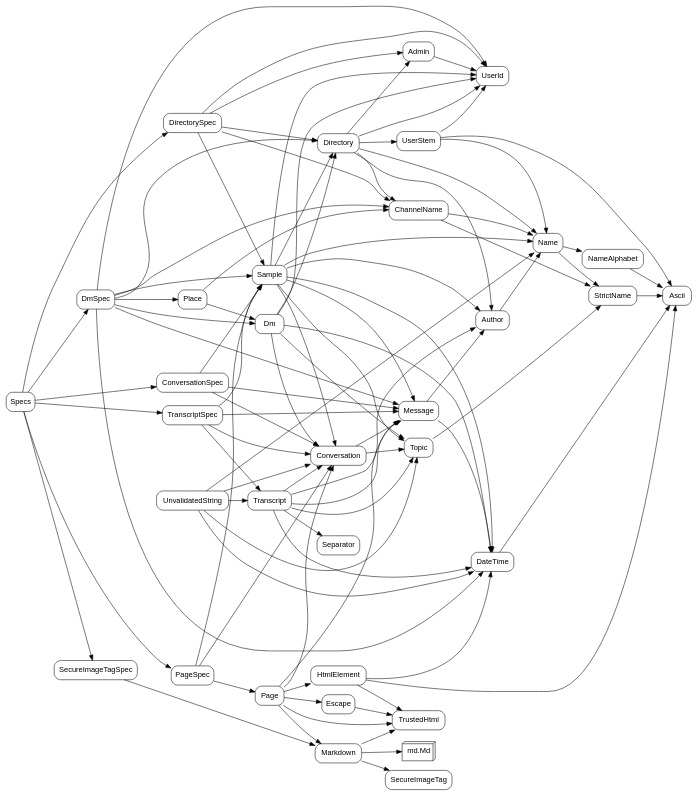
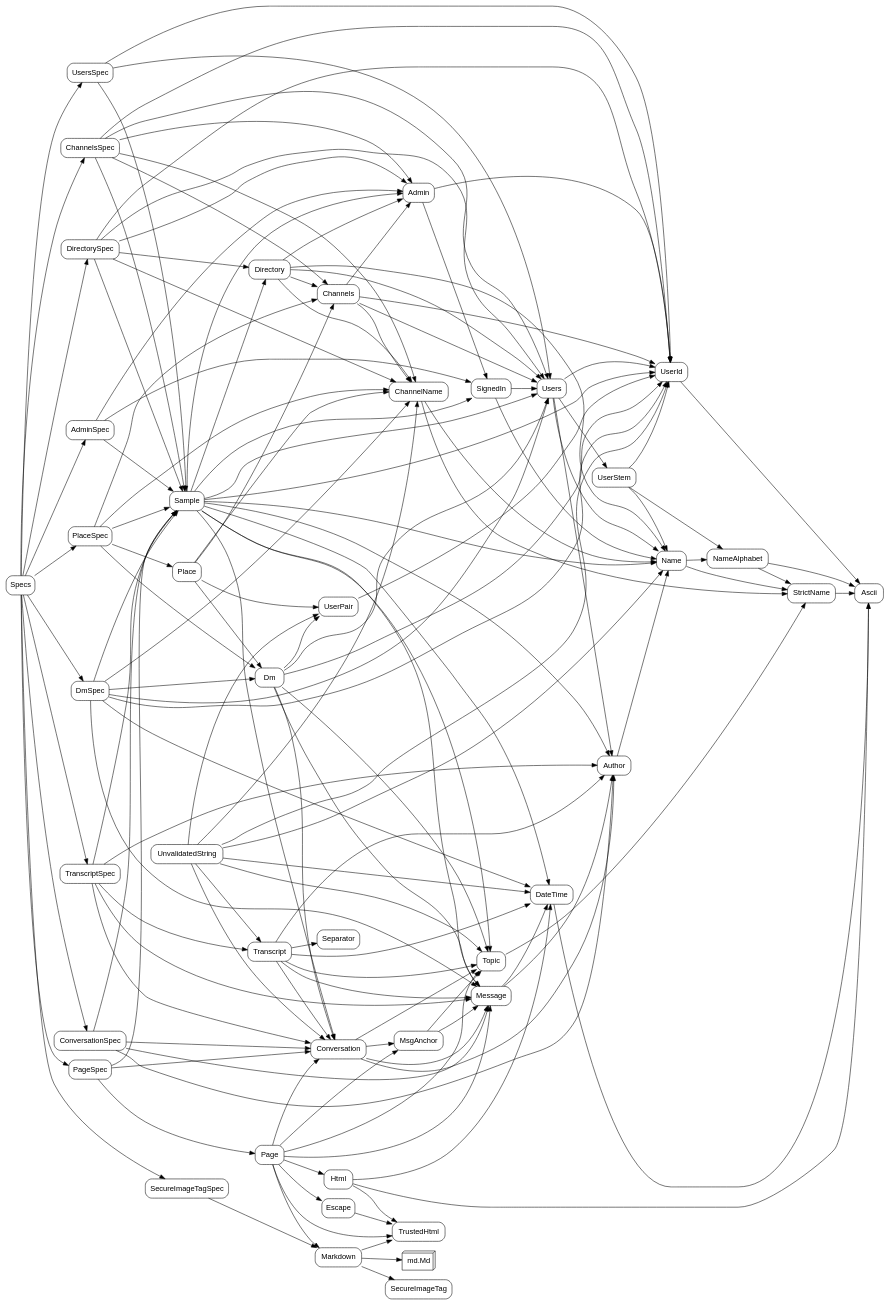
The first of 2 diagrams in notes/gopher-roc-pictures.md (showell/essay-repl-server), drawn with Graphviz before and after one commit. The commit also changed other lines of this file and 1 other file, not shown here.

````diff
--- a/notes/gopher-roc-pictures.md
+++ b/notes/gopher-roc-pictures.md
@@ -8,17 +8,37 @@
 digraph modules {
   rankdir=LR;
   node [shape=box, style=rounded, fontname="sans-serif"];
+  "Admin" -> "SignedIn";
   "Admin" -> "UserId";
   "Admin";
+  "AdminSpec" -> "Admin";
+  "AdminSpec" -> "Sample";
+  "AdminSpec" -> "SignedIn";
+  "AdminSpec";
   "Ascii";
   "Author" -> "Name";
   "Author";
   "ChannelName" -> "Name";
   "ChannelName" -> "StrictName";
   "ChannelName";
+  "Channels" -> "Admin";
+  "Channels" -> "ChannelName";
+  "Channels" -> "UserId";
+  "Channels" -> "Users";
+  "Channels";
+  "ChannelsSpec" -> "Admin";
+  "ChannelsSpec" -> "ChannelName";
+  "ChannelsSpec" -> "Channels";
+  "ChannelsSpec" -> "Sample";
+  "ChannelsSpec" -> "UserId";
+  "ChannelsSpec" -> "Users";
+  "ChannelsSpec";
+  "Conversation" -> "Author";
   "Conversation" -> "Message";
+  "Conversation" -> "MsgAnchor";
   "Conversation" -> "Topic";
   "Conversation";
+  "ConversationSpec" -> "Author";
   "ConversationSpec" -> "Conversation";
   "ConversationSpec" -> "Message";
   "ConversationSpec" -> "Sample";
@@ -26,39 +46,39 @@
   "DateTime" -> "Ascii";
   "DateTime";
   "Directory" -> "Admin";
-  "Directory" -> "Author";
   "Directory" -> "ChannelName";
+  "Directory" -> "Channels";
   "Directory" -> "Name";
-  "Directory" -> "UserId";
-  "Directory" -> "UserStem";
+  "Directory" -> "Users";
   "Directory";
   "DirectorySpec" -> "Admin";
   "DirectorySpec" -> "ChannelName";
   "DirectorySpec" -> "Directory";
   "DirectorySpec" -> "Sample";
   "DirectorySpec" -> "UserId";
+  "DirectorySpec" -> "Users";
   "DirectorySpec";
   "Dm" -> "Conversation";
-  "Dm" -> "DateTime";
-  "Dm" -> "Directory";
+  "Dm" -> "Message";
   "Dm" -> "Topic";
   "Dm" -> "UserId";
+  "Dm" -> "UserPair";
+  "Dm" -> "Users";
   "Dm";
   "DmSpec" -> "ChannelName";
-  "DmSpec" -> "Directory";
   "DmSpec" -> "DateTime";
   "DmSpec" -> "Dm";
   "DmSpec" -> "Message";
-  "DmSpec" -> "Place";
   "DmSpec" -> "Sample";
   "DmSpec" -> "UserId";
+  "DmSpec" -> "Users";
   "DmSpec";
   "Escape" -> "TrustedHtml";
   "Escape";
-  "HtmlElement" -> "Ascii";
-  "HtmlElement" -> "DateTime";
-  "HtmlElement" -> "TrustedHtml";
-  "HtmlElement";
+  "Html" -> "Ascii";
+  "Html" -> "DateTime";
+  "Html" -> "TrustedHtml";
+  "Html";
   "md.Md" [shape=box3d];
   "Markdown" -> "md.Md";
   "Markdown" -> "SecureImageTag";
@@ -67,16 +87,22 @@
   "Message" -> "Author";
   "Message" -> "DateTime";
   "Message";
+  "MsgAnchor" -> "Message";
+  "MsgAnchor" -> "Topic";
+  "MsgAnchor";
   "Name" -> "NameAlphabet";
   "Name" -> "StrictName";
   "Name";
   "NameAlphabet" -> "Ascii";
+  "NameAlphabet" -> "StrictName";
   "NameAlphabet";
   "Page" -> "Conversation";
-  "Page" -> "HtmlElement";
   "Page" -> "Escape";
+  "Page" -> "Html";
   "Page" -> "Markdown";
   "Page" -> "Message";
+  "Page" -> "MsgAnchor";
+  "Page" -> "Topic";
   "Page" -> "TrustedHtml";
   "Page";
   "PageSpec" -> "Conversation";
@@ -84,27 +110,45 @@
   "PageSpec" -> "Sample";
   "PageSpec";
   "Place" -> "ChannelName";
+  "Place" -> "Channels";
   "Place" -> "Dm";
+  "Place" -> "UserPair";
   "Place";
+  "PlaceSpec" -> "ChannelName";
+  "PlaceSpec" -> "Channels";
+  "PlaceSpec" -> "Dm";
+  "PlaceSpec" -> "Place";
+  "PlaceSpec" -> "Sample";
+  "PlaceSpec";
+  "Sample" -> "Admin";
   "Sample" -> "Author";
   "Sample" -> "Conversation";
   "Sample" -> "Directory";
   "Sample" -> "Message";
   "Sample" -> "DateTime";
   "Sample" -> "Name";
+  "Sample" -> "SignedIn";
   "Sample" -> "Topic";
   "Sample" -> "UserId";
+  "Sample" -> "Users";
   "Sample";
   "SecureImageTag";
   "SecureImageTagSpec" -> "Markdown";
   "SecureImageTagSpec";
   "Separator";
+  "SignedIn" -> "Name";
+  "SignedIn" -> "Users";
+  "SignedIn";
+  "Specs" -> "AdminSpec";
+  "Specs" -> "ChannelsSpec";
   "Specs" -> "ConversationSpec";
   "Specs" -> "DirectorySpec";
   "Specs" -> "DmSpec";
   "Specs" -> "PageSpec";
+  "Specs" -> "PlaceSpec";
   "Specs" -> "SecureImageTagSpec";
   "Specs" -> "TranscriptSpec";
+  "Specs" -> "UsersSpec";
   "Specs";
   "StrictName" -> "Ascii";
   "StrictName";
@@ -117,22 +161,38 @@
   "Transcript" -> "DateTime";
   "Transcript" -> "Topic";
   "Transcript";
+  "TranscriptSpec" -> "Author";
   "TranscriptSpec" -> "Conversation";
   "TranscriptSpec" -> "Message";
   "TranscriptSpec" -> "Sample";
   "TranscriptSpec" -> "Transcript";
   "TranscriptSpec";
   "TrustedHtml";
+  "UnvalidatedString" -> "ChannelName";
   "UnvalidatedString" -> "Conversation";
   "UnvalidatedString" -> "DateTime";
   "UnvalidatedString" -> "Name";
   "UnvalidatedString" -> "Topic";
   "UnvalidatedString" -> "Transcript";
+  "UnvalidatedString" -> "UserId";
+  "UnvalidatedString" -> "UserPair";
   "UnvalidatedString";
+  "UserId" -> "Ascii";
   "UserId";
-  "UserStem" -> "Ascii";
+  "UserPair" -> "UserId";
+  "UserPair";
   "UserStem" -> "Name";
+  "UserStem" -> "NameAlphabet";
   "UserStem" -> "UserId";
   "UserStem";
+  "Users" -> "Author";
+  "Users" -> "Name";
+  "Users" -> "UserId";
+  "Users" -> "UserStem";
+  "Users";
+  "UsersSpec" -> "Sample";
+  "UsersSpec" -> "UserId";
+  "UsersSpec" -> "Users";
+  "UsersSpec";
 }
 ```
````
